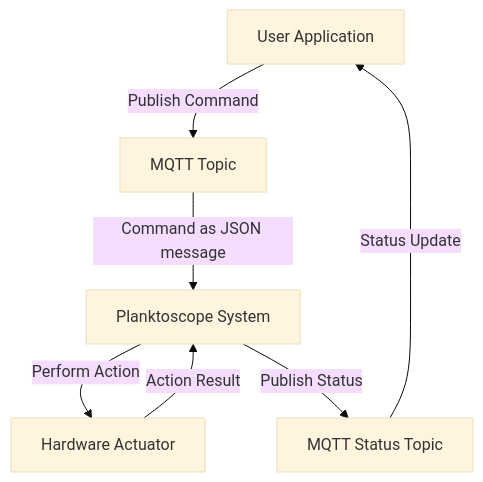
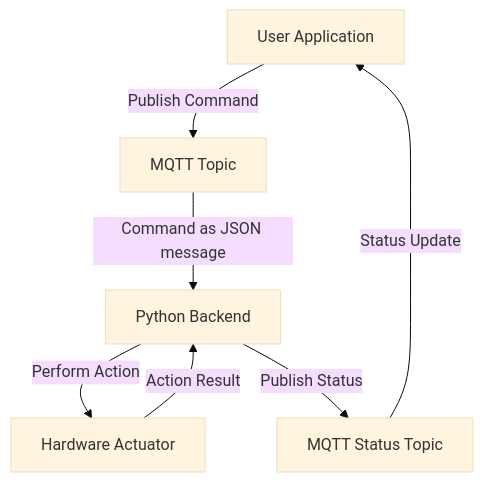
One commit to PlanktoScope/PlanktoScope changed the diagram in documentation/docs/reference/software/interfaces/mqtt.md. Above: the diagram before and after it, drawn with Mermaid (base theme).

Commit message:
add path for nested parameter

````diff
--- a/documentation/docs/reference/software/interfaces/mqtt.md
+++ b/documentation/docs/reference/software/interfaces/mqtt.md
@@ -6,9 +6,9 @@
 ```mermaid
 flowchart TD
     User[User Application] -->|Publish Command| Topic[MQTT Topic]
-    Topic -->|Command as JSON message| System[Planktoscope System]
+    Topic -->|Command as JSON message| System[Python Backend]
     System -->|Perform Action| Actuator[Hardware Actuator]
     Actuator -->|Action Result| System
     System -->|Publish Status| StatusTopic[MQTT Status Topic]
     StatusTopic -->|Status Update| User
 ```
````
